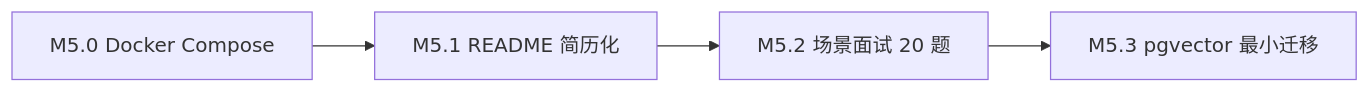
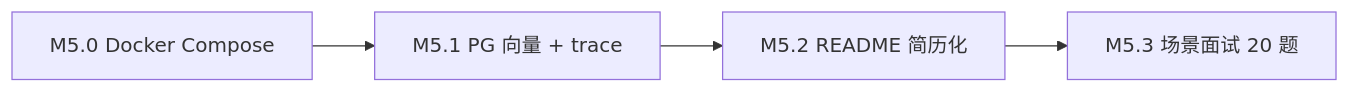
The diagram in docs/M5-steps.md (bigcabbag/ShipLog), drawn with Mermaid before and after one commit. The commit also changed other lines of this file and 12 other files, not shown here.

First line of the commit message:
﻿feat(M5.0): Docker Compose 一键启动后端+前端

````diff
--- a/docs/M5-steps.md
+++ b/docs/M5-steps.md
@@ -12,6 +12,6 @@
 ```mermaid
 flowchart LR
-  M50[M5.0 Docker Compose] --> M51[M5.1 README 简历化]
-  M51 --> M52[M5.2 场景面试 20 题]
-  M52 --> M53[M5.3 pgvector 最小迁移]
+  M50[M5.0 Docker Compose] --> M51[M5.1 PG 向量 + trace]
+  M51 --> M52[M5.2 README 简历化]
+  M52 --> M53[M5.3 场景面试 20 题]
 ```
````
